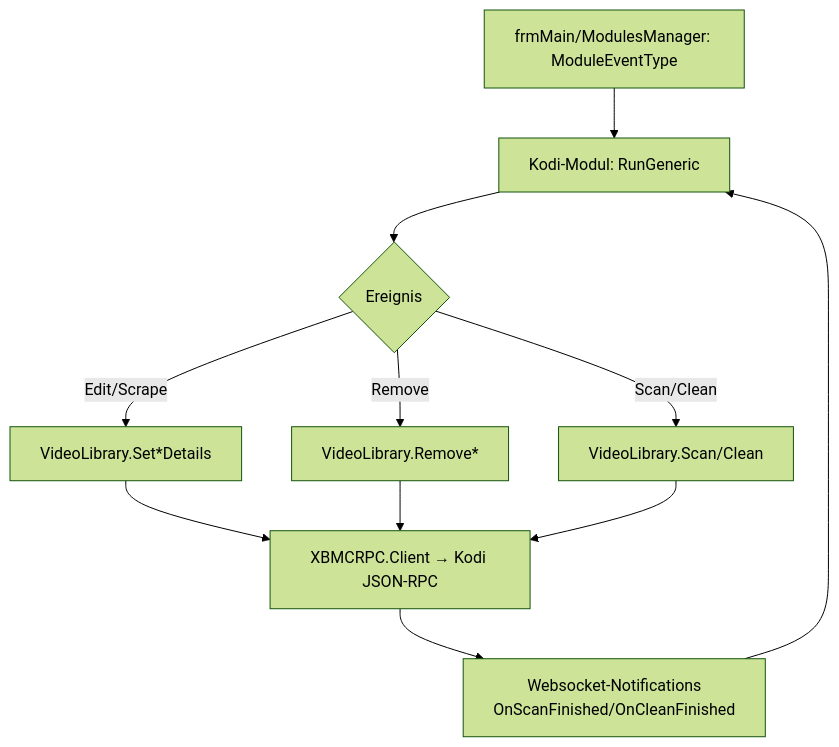
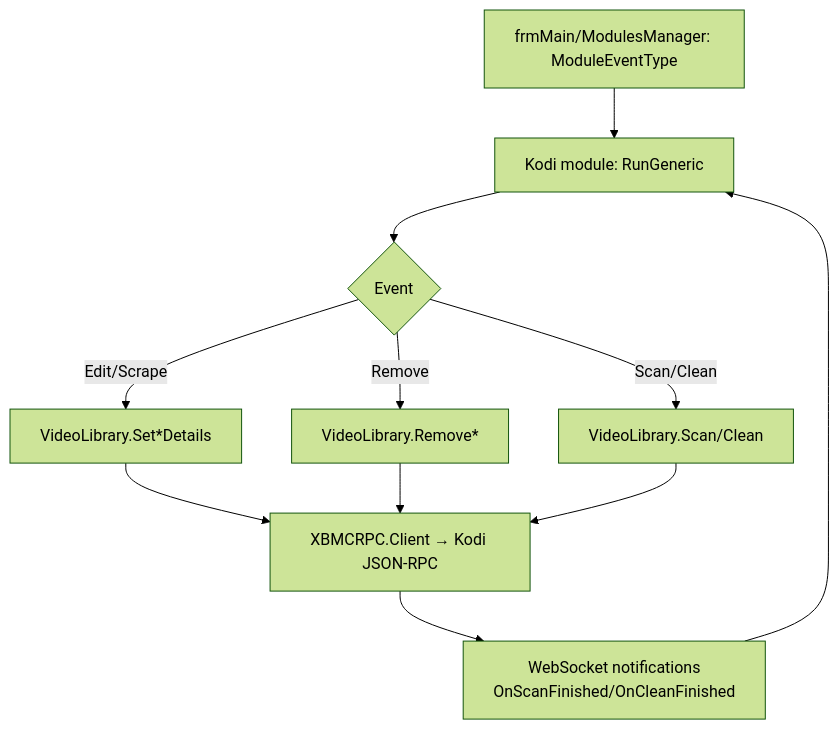
One commit to martin-stromberg/Ember-Media-Manager changed the diagram in docs/help/kodi/ablauf-technisch.md. Above: the diagram before and after it, drawn with Mermaid (forest theme). The commit also changed other lines of this file and 49 other files, not shown here.

````diff
--- a/docs/help/kodi/ablauf-technisch.md
+++ b/docs/help/kodi/ablauf-technisch.md
@@ -37,13 +37,13 @@
 ```mermaid
 flowchart TD
-    A[frmMain/ModulesManager: ModuleEventType] --> B[Kodi-Modul: RunGeneric]
-    B --> C{Ereignis}
+    A[frmMain/ModulesManager: ModuleEventType] --> B[Kodi module: RunGeneric]
+    B --> C{Event}
     C -- Edit/Scrape --> D[VideoLibrary.Set*Details]
     C -- Remove --> E[VideoLibrary.Remove*]
     C -- Scan/Clean --> F[VideoLibrary.Scan/Clean]
     D --> G[XBMCRPC.Client → Kodi JSON-RPC]
     E --> G
     F --> G
-    G --> H[Websocket-Notifications<br/>OnScanFinished/OnCleanFinished]
+    G --> H[WebSocket notifications<br/>OnScanFinished/OnCleanFinished]
     H --> B
 ```
````
